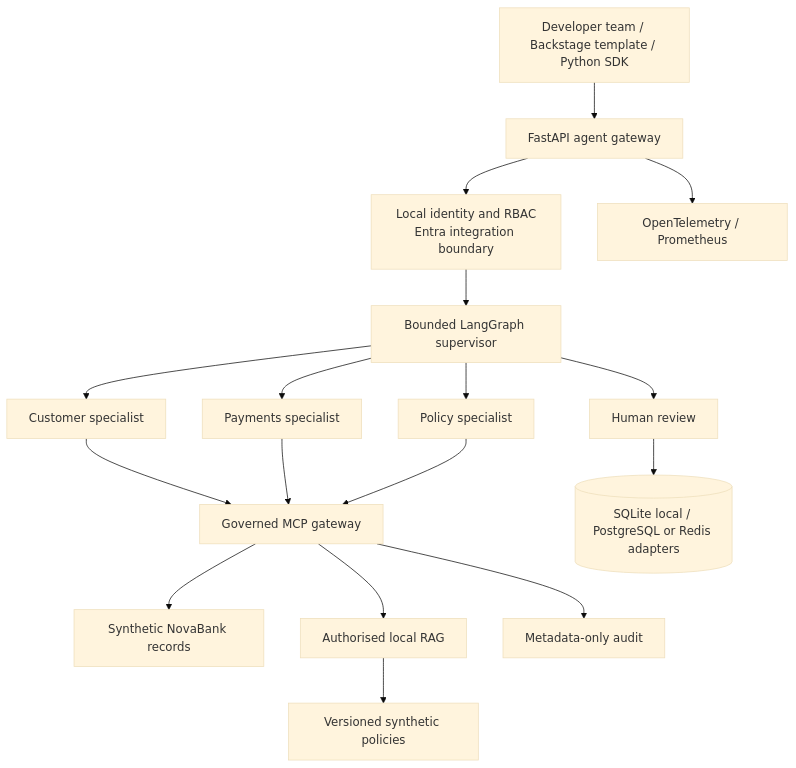
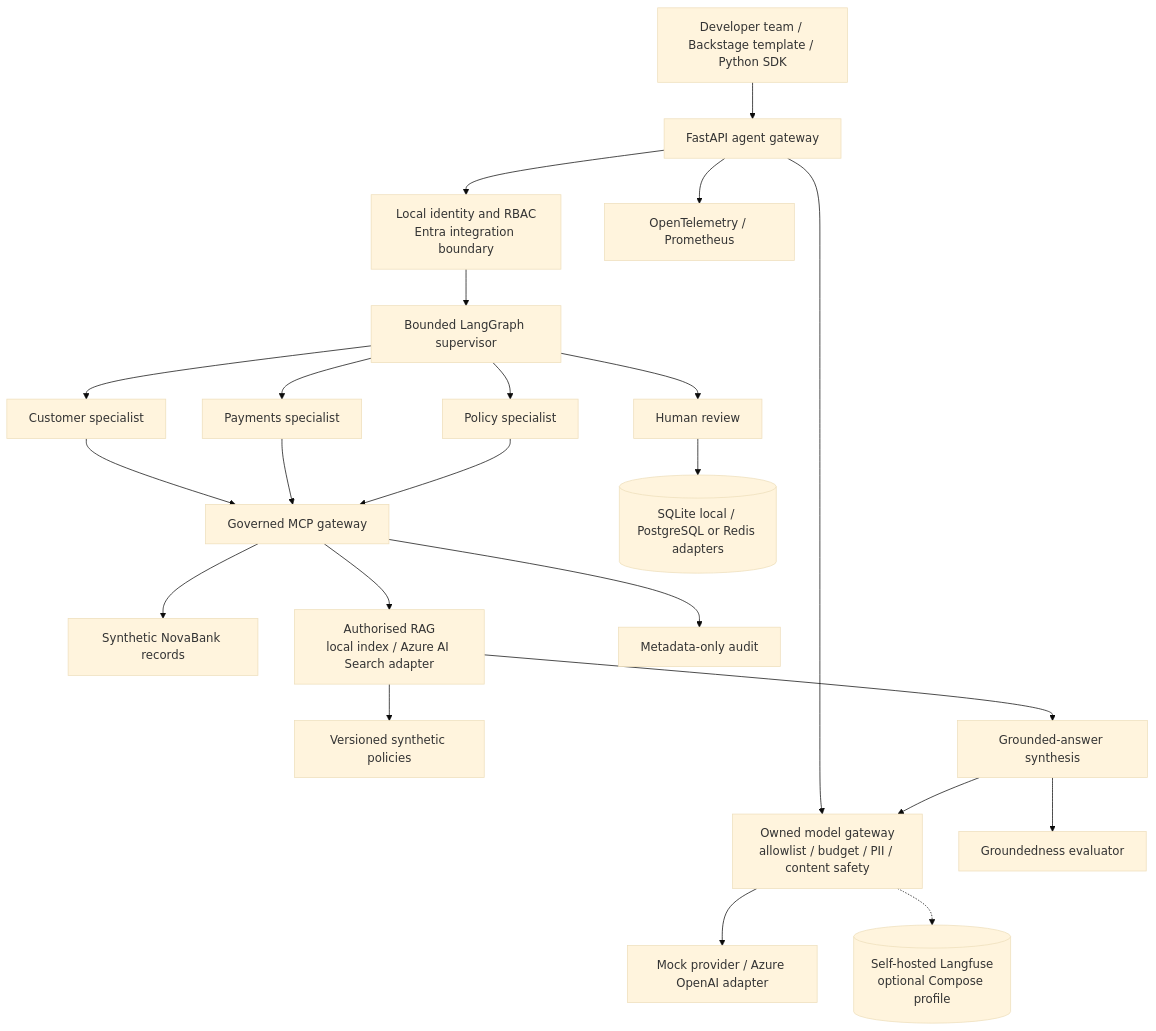
One commit to macod-spec/enterprise-genai-agent-platform changed the first of 3 diagrams in docs/portfolio/architecture-diagrams.md. Above: the diagram before and after it, drawn with Mermaid (base theme). The commit also changed other lines of this file and 39 other files, not shown here.

First line of the commit message:
Phase 2: Azure AI Search RAG, groundedness evaluation, CD pipeline (ADR-011/012/013)

````diff
--- a/docs/portfolio/architecture-diagrams.md
+++ b/docs/portfolio/architecture-diagrams.md
@@ -5,19 +5,25 @@
 ```mermaid
 flowchart TB
     Team[Developer team / Backstage template / Python SDK] --> Edge[FastAPI agent gateway]
     Edge --> Auth[Local identity and RBAC\nEntra integration boundary]
     Auth --> Graph[Bounded LangGraph supervisor]
     Graph --> Customer[Customer specialist]
     Graph --> Payments[Payments specialist]
     Graph --> Policy[Policy specialist]
     Graph --> Review[Human review]
     Customer --> MCP[Governed MCP gateway]
     Payments --> MCP
     Policy --> MCP
     MCP --> Records[Synthetic NovaBank records]
-    MCP --> RAG[Authorised local RAG]
+    MCP --> RAG[Authorised RAG\nlocal index / Azure AI Search adapter]
     RAG --> Corpus[Versioned synthetic policies]
+    Edge --> Gateway2[Owned model gateway\nallowlist / budget / PII / content safety]
+    Gateway2 --> Provider[Mock provider / Azure OpenAI adapter]
+    RAG --> Synth[Grounded-answer synthesis]
+    Synth --> Gateway2
+    Synth --> Ground[Groundedness evaluator]
+    Gateway2 -.-> Langfuse[(Self-hosted Langfuse\noptional Compose profile)]
     Review --> State[(SQLite local / PostgreSQL or Redis adapters)]
     Edge --> Telemetry[OpenTelemetry / Prometheus]
     MCP --> Audit[Metadata-only audit]
 ```
````
